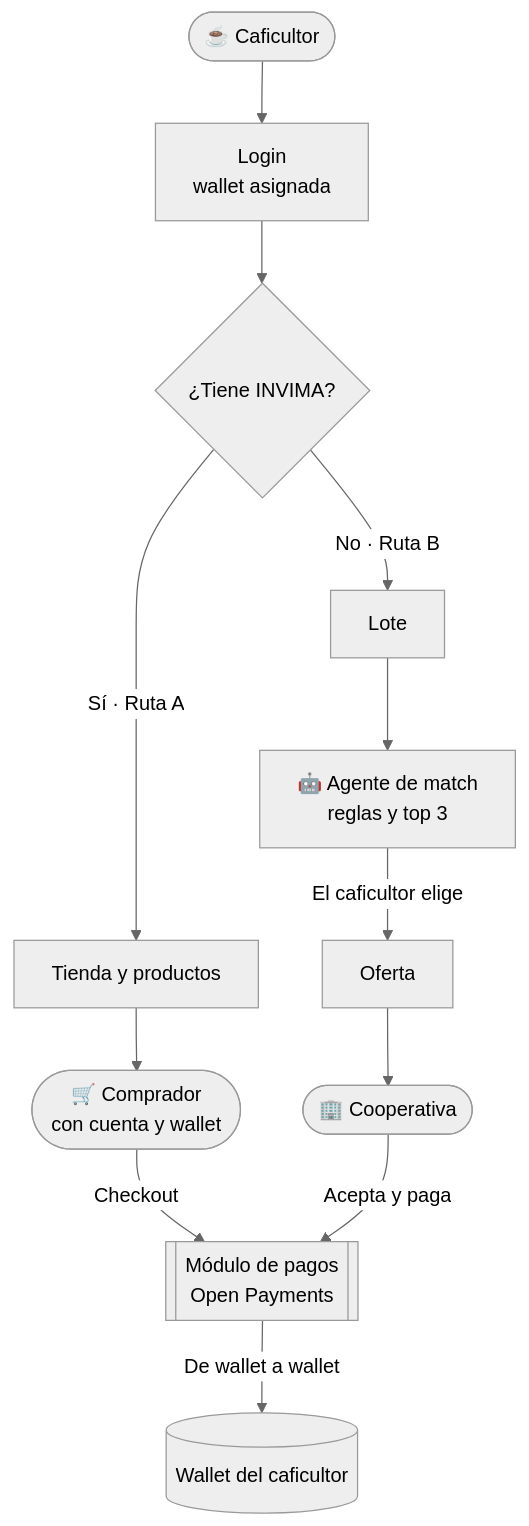
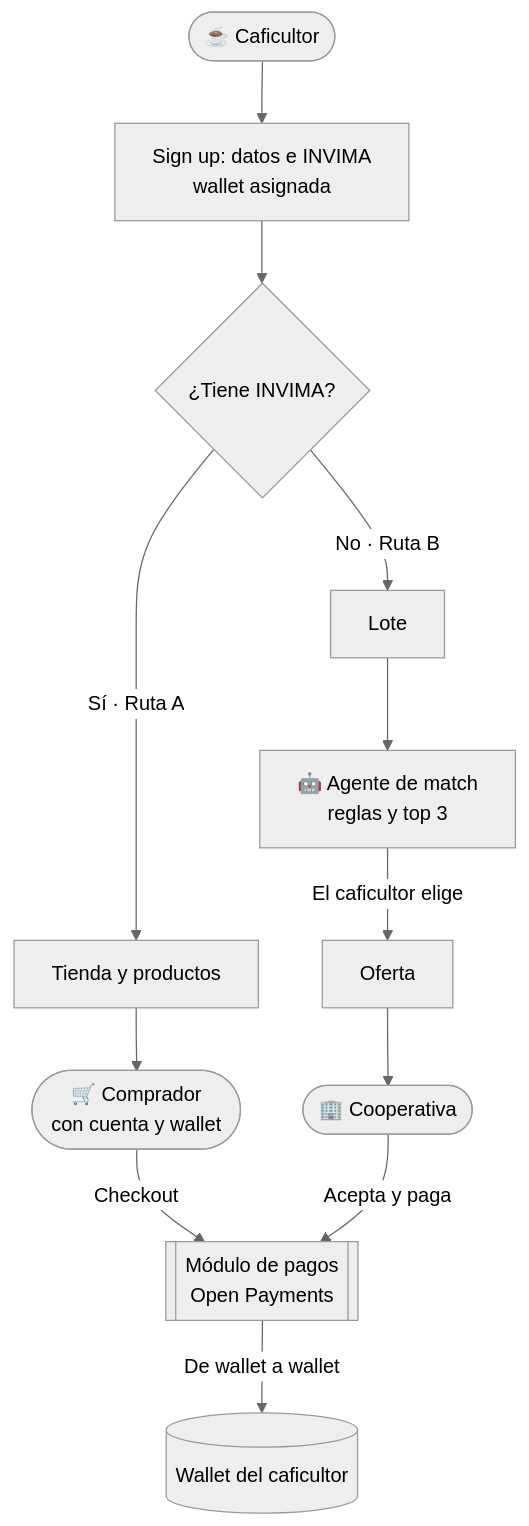
Before and after one commit to SalazarDukeImpactHub/terracierta-by-onyx: the first of 2 diagrams in README.md, drawn with Mermaid (neutral theme). The commit also changed other lines of this file and 3 other files, not shown here.

````diff
--- a/README.md
+++ b/README.md
@@ -81,14 +81,14 @@
 ```mermaid
 flowchart TB
-  F([☕ Caficultor]) --> L[Login<br/>wallet asignada]
+  F([☕ Caficultor]) --> L[Sign up: datos e INVIMA<br/>wallet asignada]
   L --> Q{¿Tiene INVIMA?}
   Q -->|Sí · Ruta A| T[Tienda y productos]
   T --> C([🛒 Comprador<br/>con cuenta y wallet])
   C -->|Checkout| P[[Módulo de pagos<br/>Open Payments]]
   Q -->|No · Ruta B| LO[Lote]
   LO --> A[🤖 Agente de match<br/>reglas y top 3]
   A -->|El caficultor elige| O[Oferta]
   O --> K([🏢 Cooperativa])
   K -->|Acepta y paga| P
   P -->|De wallet a wallet| W[(Wallet del caficultor)]
 ```
````
